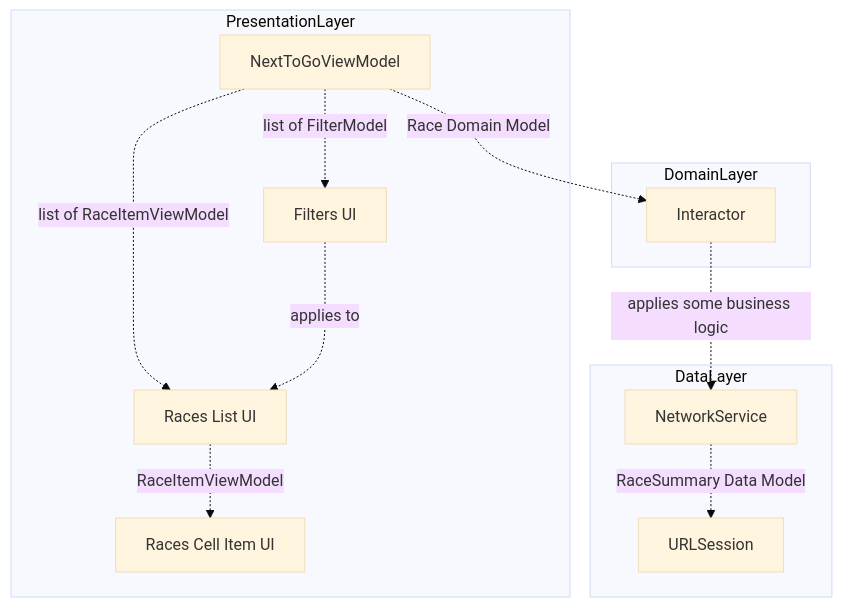
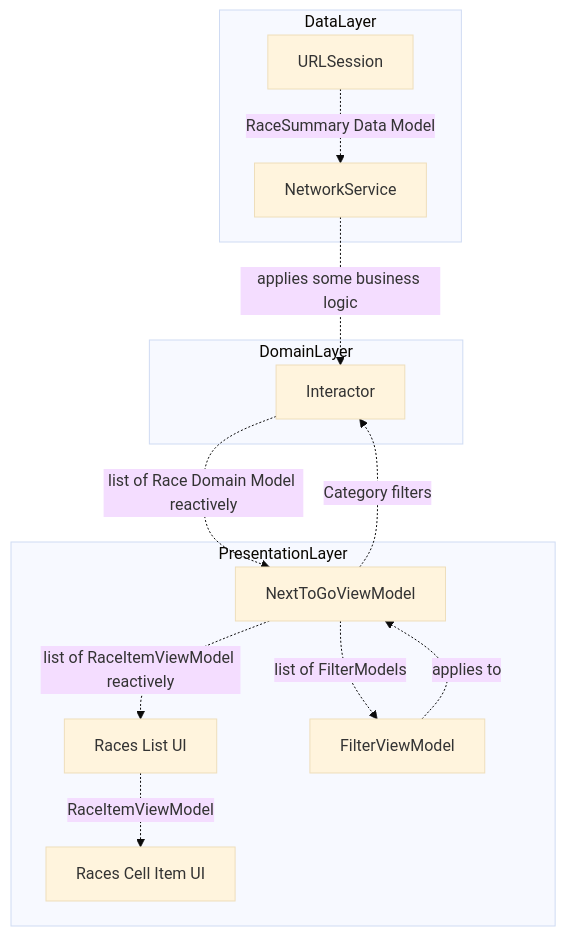
Before and after one commit to arinjoy/next-to-go: the second of 2 diagrams in README.md, drawn with Mermaid (base theme).

Commit message:
Update Mermaid digram

````diff
--- a/README.md
+++ b/README.md
@@ -47,16 +47,17 @@
 ```mermaid
 graph TB
     subgraph DataLayer;
-    a1[NetworkService]-. RaceSummary Data Model .->a2[URLSession];
+    a2[URLSession]-. RaceSummary Data Model .->a1[NetworkService];
     end;
     subgraph DomainLayer;
-    b1[Interactor]-. applies some business logic  .->a1;
+    a1-. applies some business logic  .->b1[Interactor];
     end;
     subgraph PresentationLayer;
-    c1[NextToGoViewModel]-. list of RaceItemViewModel .->c2[Races List UI];
+    c1[NextToGoViewModel]-. list of RaceItemViewModel reactively .->c2[Races List UI];
     c2-. RaceItemViewModel .->c3[Races Cell Item UI];
-    c1-. list of FilterModel .->c4[Filters UI];
-    c4-. applies to .->c2
+    c1-. list of FilterModels .->c4[FilterViewModel];
+    c4-. applies to .->c1;
     end;
-    c1-. Race Domain Model .->b1;
+    b1-. list of Race Domain Model reactively .->c1;
+    c1-. Category filters .->b1;
 ```
````
